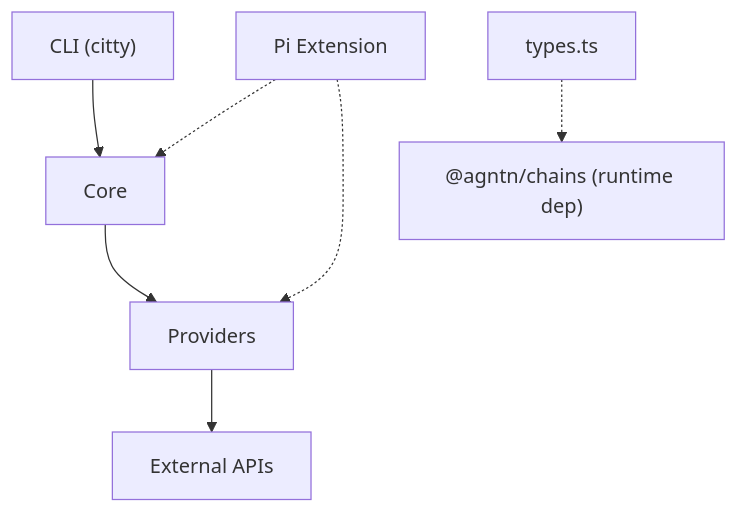
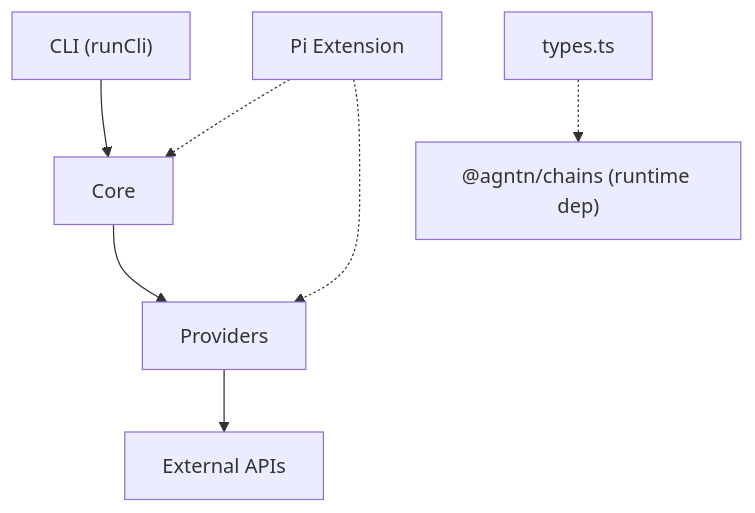
The diagram in AGENTS.md (agntn/explorers), drawn with Mermaid before and after one commit. The commit also changed other lines of this file and 45 other files, not shown here.

````diff
--- a/AGENTS.md
+++ b/AGENTS.md
@@ -100,9 +102,9 @@
 ```mermaid
 graph TB
-  CLI["CLI (citty)"] --> Core
+  CLI["CLI (runCli)"] --> Core
   Core --> Providers
   Providers --> External["External APIs"]
   PiExt["Pi Extension"] -.-> Core
   PiExt -.-> Providers
   Types["types.ts"] -.-> Chains["@agntn/chains (runtime dep)"]
 ```
````
